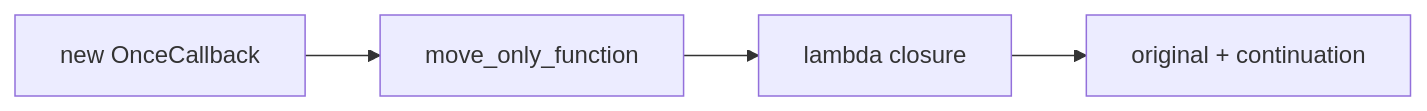
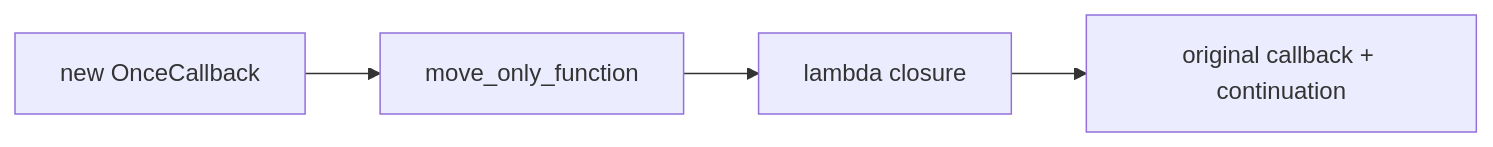
The diagram in documents/en/vol9-open-source-project-learn/chrome/01_once_callback/full/01-5-once-callback-then-chaining.md (Awesome-Embedded-Learning-Studio/Tutorial_AwesomeModernCPP), drawn with Mermaid before and after one commit. The commit also changed other lines of this file and 605 other files, not shown here.

````diff
--- a/documents/en/vol9-open-source-project-learn/chrome/01_once_callback/full/01-5-once-callback-then-chaining.md
+++ b/documents/en/vol9-open-source-project-learn/chrome/01_once_callback/full/01-5-once-callback-then-chaining.md
@@ -77,4 +83,4 @@
 ```mermaid
 graph LR
-    A["new OnceCallback"] --> B["move_only_function"] --> C["lambda closure"] --> D["original + continuation"]
+    A["new OnceCallback"] --> B["move_only_function"] --> C["lambda closure"] --> D["original callback + continuation"]
 ```
````
